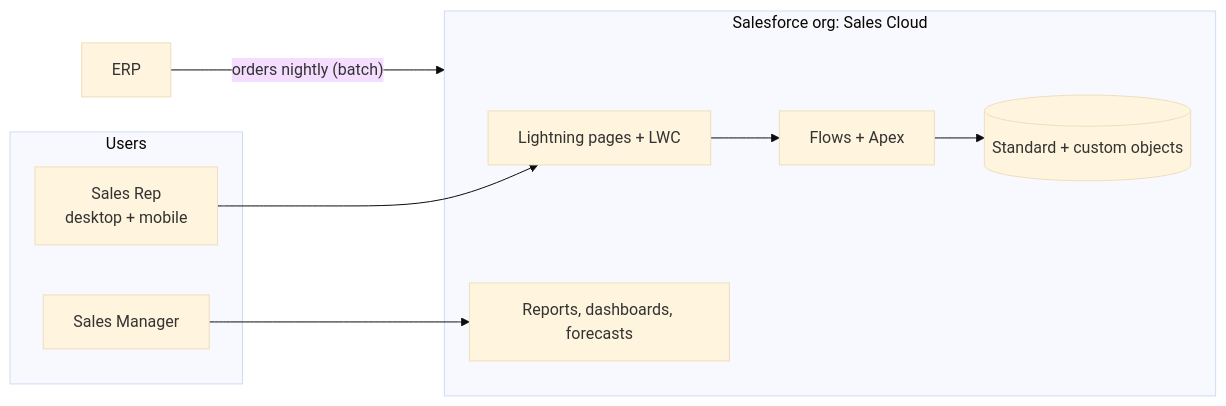
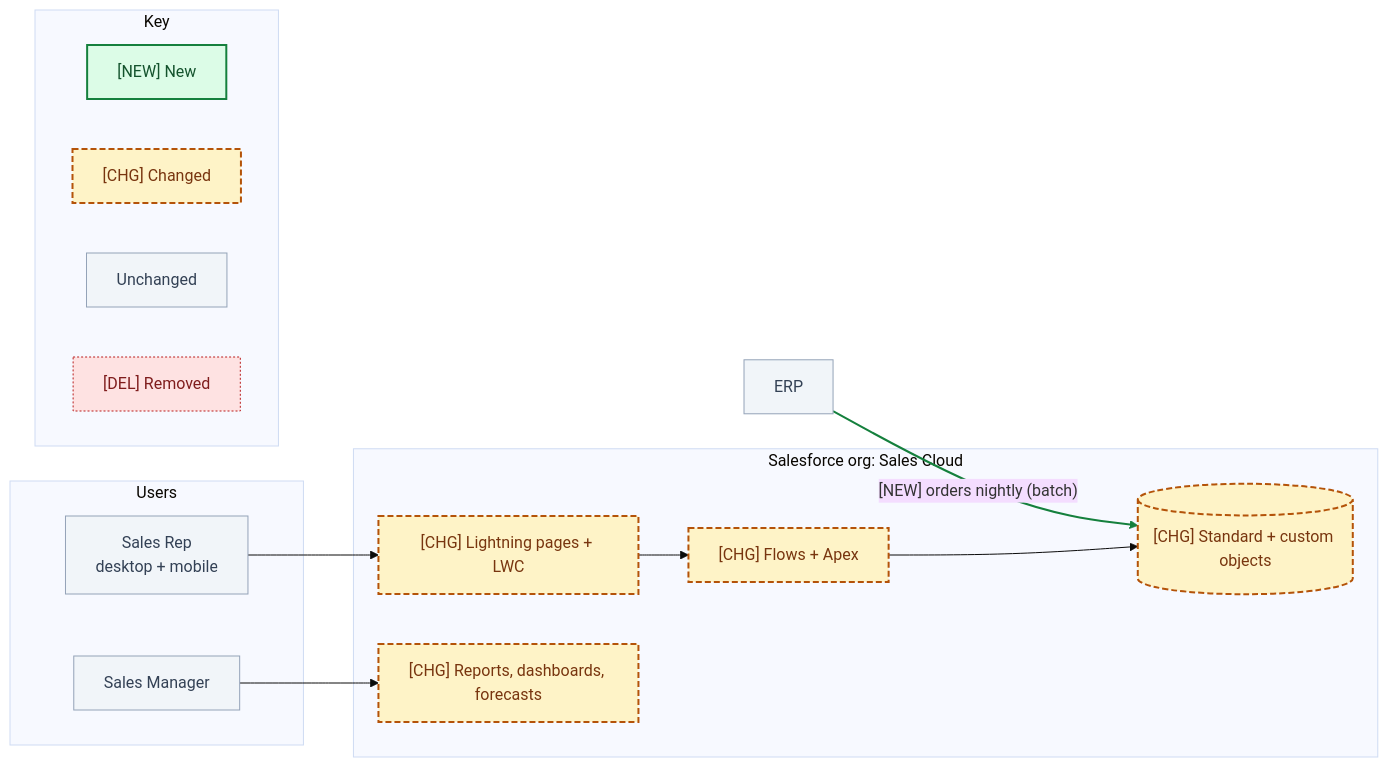
The first of 4 diagrams in .claude/skills/sdlc-solution-architecture-generate/references/hld-template.md (nagarroARBsf/Sf-skills-agents), drawn with Mermaid (base theme) before and after one commit. The commit also changed other lines of this file and 5983 other files, not shown here.

````diff
--- a/.claude/skills/sdlc-solution-architecture-generate/references/hld-template.md
+++ b/.claude/skills/sdlc-solution-architecture-generate/references/hld-template.md
@@ -36,17 +42,34 @@
 ```mermaid
 flowchart LR
-    subgraph Users
-        REP["Sales Rep<br/>desktop + mobile"]
-        MGR["Sales Manager"]
+    accTitle: System landscape
+    accDescr: Users, the Salesforce org and external systems, with new and changed parts marked
+    subgraph USERS["Users"]
+        REP["Sales Rep<br/>desktop + mobile"]:::unchanged
+        MGR["Sales Manager"]:::unchanged
     end
     subgraph SF["Salesforce org: Sales Cloud"]
-        UI["Lightning pages + LWC"]
-        AUTO["Flows + Apex"]
-        DATA[("Standard + custom objects")]
-        RPT["Reports, dashboards, forecasts"]
+        UI["[CHG] Lightning pages + LWC"]:::changed
+        AUTO["[CHG] Flows + Apex"]:::changed
+        DATA[("[CHG] Standard + custom objects")]:::changed
+        RPT["[CHG] Reports, dashboards, forecasts"]:::changed
     end
-    ERP["ERP"] -- "orders nightly (batch)" --> SF
+    ERP["ERP"]:::unchanged
+    %% edges: 0 ERP-DATA, 1 REP-UI, 2 MGR-RPT, 3 UI-AUTO, 4 AUTO-DATA
+    ERP -->|"[NEW] orders nightly (batch)"| DATA
     REP --> UI
     MGR --> RPT
-    UI --> AUTO --> DATA
+    UI --> AUTO
+    AUTO --> DATA
+    subgraph KEY["Key"]
+        direction LR
+        K1["[NEW] New"]:::new
+        K2["[CHG] Changed"]:::changed
+        K3["Unchanged"]:::unchanged
+        K4["[DEL] Removed"]:::removed
+    end
+    classDef new fill:#dcfce7,stroke:#15803d,stroke-width:2px,color:#14532d
+    classDef changed fill:#fef3c7,stroke:#b45309,stroke-width:2px,stroke-dasharray:6 3,color:#78350f
+    classDef unchanged fill:#f1f5f9,stroke:#94a3b8,color:#334155
+    classDef removed fill:#fee2e2,stroke:#b91c1c,stroke-dasharray:2 2,color:#7f1d1d
+    linkStyle 0 stroke:#15803d,stroke-width:2px
 ```
````
